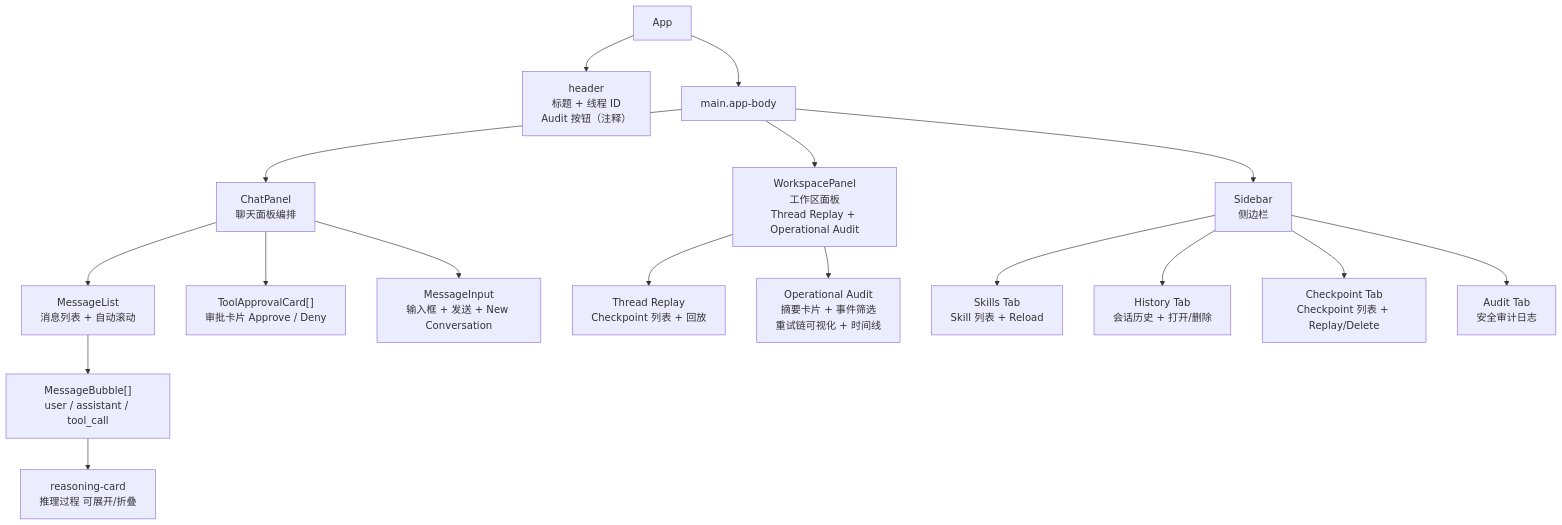
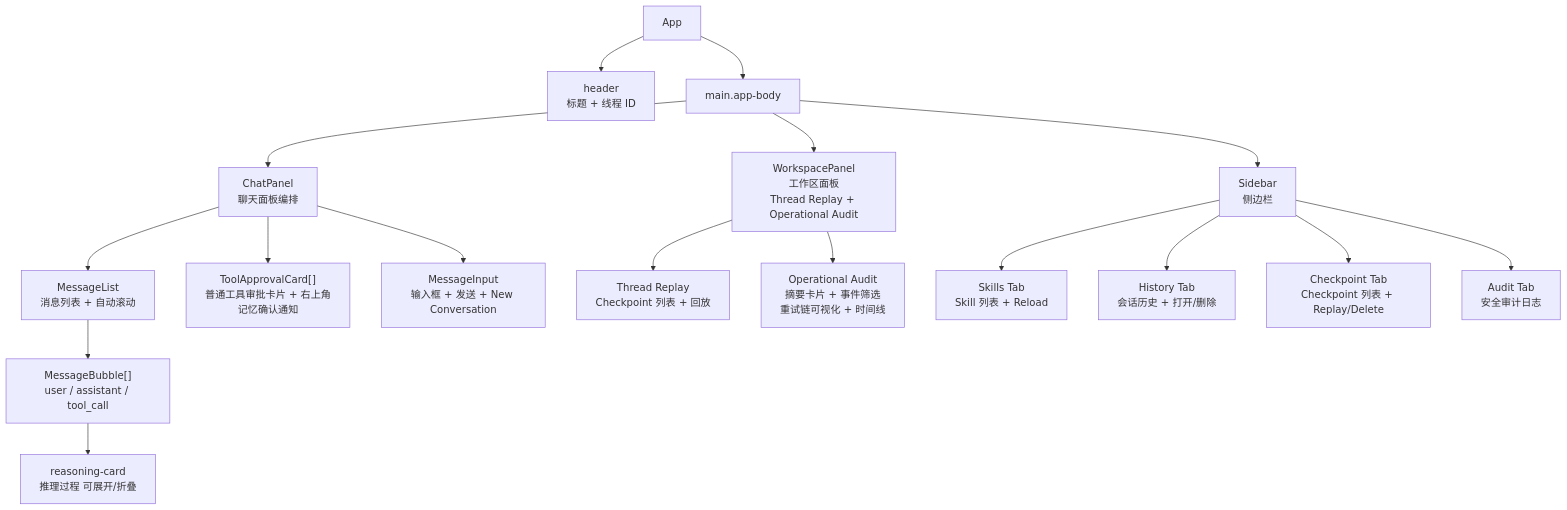
One commit to YachuanWzh/huamulan-agent changed the ninth of 10 diagrams in 技术方案报告.md. Above: the diagram before and after it, drawn with Mermaid. The commit also changed other lines of this file and 14 other files, not shown here.

````diff
--- a/技术方案报告.md
+++ b/技术方案报告.md
@@ -782,24 +784,24 @@
 ```mermaid
 graph TD
-    App --> Header["header<br/>标题 + 线程 ID<br/>Audit 按钮（注释）"]
+    App --> Header["header<br/>标题 + 线程 ID"]
     App --> Main["main.app-body"]
 
     Main --> ChatPanel["ChatPanel<br/>聊天面板编排"]
     Main --> Sidebar["Sidebar<br/>侧边栏"]
     Main --> WorkspacePanel["WorkspacePanel<br/>工作区面板<br/>Thread Replay + Operational Audit"]
 
     ChatPanel --> MessageList["MessageList<br/>消息列表 + 自动滚动"]
-    ChatPanel --> ToolApprovalCard["ToolApprovalCard[]<br/>审批卡片 Approve / Deny"]
+    ChatPanel --> ToolApprovalCard["ToolApprovalCard[]<br/>普通工具审批卡片 + 右上角记忆确认通知"]
     ChatPanel --> MessageInput["MessageInput<br/>输入框 + 发送 + New Conversation"]
 
     MessageList --> MessageBubble["MessageBubble[]<br/>user / assistant / tool_call"]
     MessageBubble --> Reasoning["reasoning-card<br/>推理过程 可展开/折叠"]
 
     WorkspacePanel --> ReplayView["Thread Replay<br/>Checkpoint 列表 + 回放"]
     WorkspacePanel --> AuditView["Operational Audit<br/>摘要卡片 + 事件筛选<br/>重试链可视化 + 时间线"]
 
     Sidebar --> SkillsTab["Skills Tab<br/>Skill 列表 + Reload"]
     Sidebar --> HistoryTab["History Tab<br/>会话历史 + 打开/删除"]
     Sidebar --> CheckpointTab["Checkpoint Tab<br/>Checkpoint 列表 + Replay/Delete"]
     Sidebar --> AuditTab["Audit Tab<br/>安全审计日志"]
 ```
````
